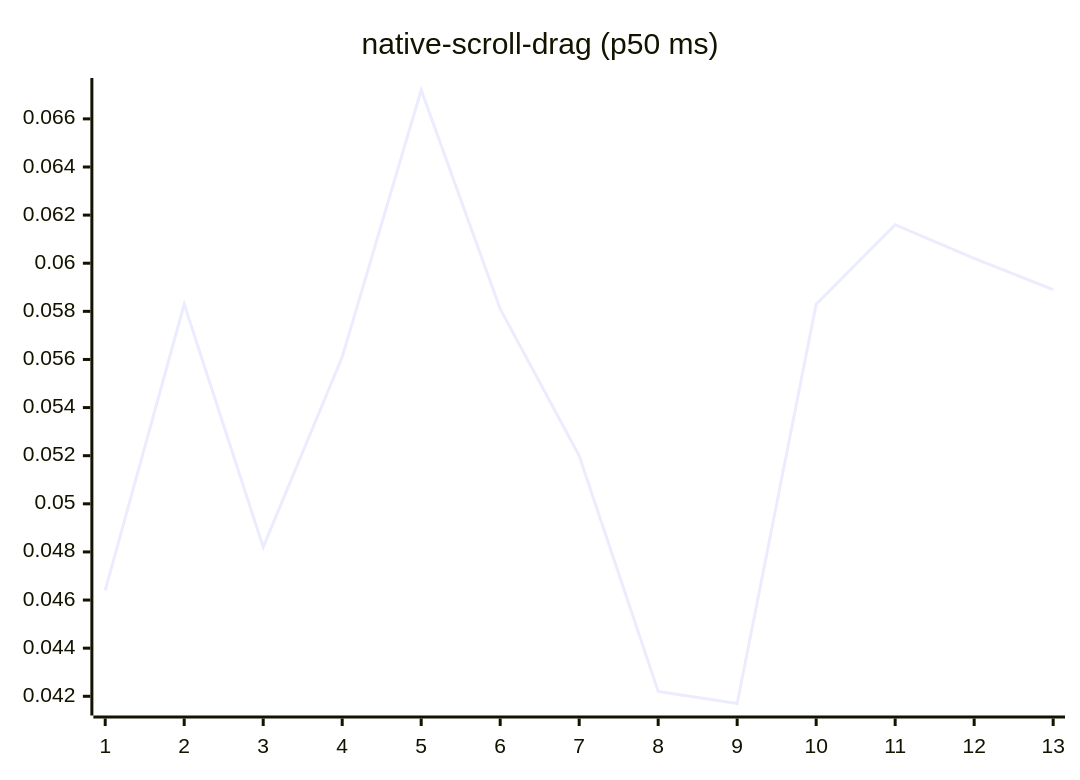
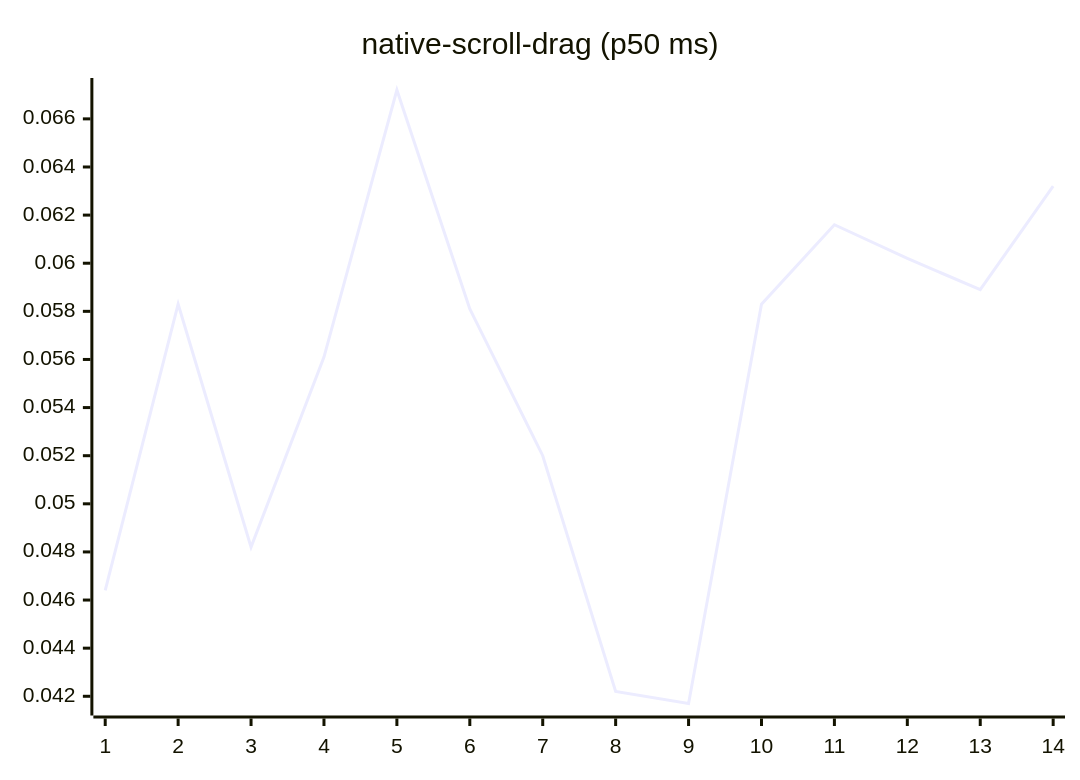
Before and after one commit to josha/Facet: diagram 14 of 27 in README.md, drawn with Mermaid. The commit also changed other lines of this file and 2 other files, not shown here.

````diff
--- a/README.md
+++ b/README.md
@@ -154,6 +154,6 @@
 ```mermaid
 xychart-beta
     title "native-scroll-drag (p50 ms)"
-    x-axis 1 --> 13
-    line [0.0464, 0.0583, 0.0482, 0.0561, 0.0672, 0.0581, 0.0520, 0.0422, 0.0417, 0.0583, 0.0616, 0.0602, 0.0589]
+    x-axis 1 --> 14
+    line [0.0464, 0.0583, 0.0482, 0.0561, 0.0672, 0.0581, 0.0520, 0.0422, 0.0417, 0.0583, 0.0616, 0.0602, 0.0589, 0.0632]
 ```
````
